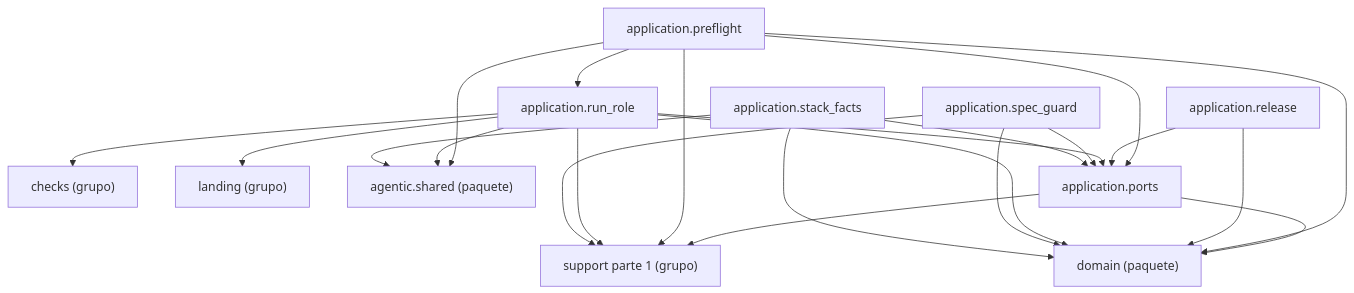
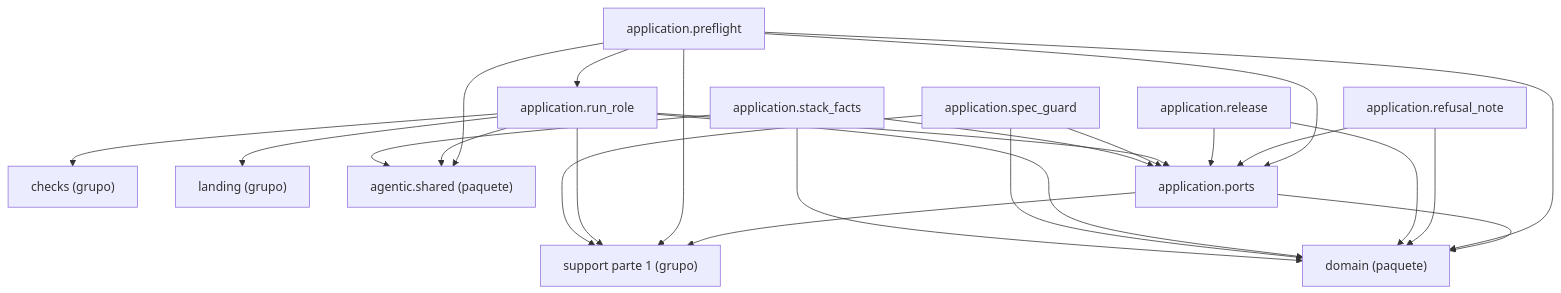
One commit to GonzaloZevallos/agentic-system changed the diagram in docs/architecture/generated/packages-process-application-support-2.md. Above: the diagram before and after it, drawn with Mermaid. The commit also changed 1 other file, not shown here.

Commit message:
Register refusal_note in the docs clusters and regenerate the diagram it lands in

````diff
--- a/docs/architecture/generated/packages-process-application-support-2.md
+++ b/docs/architecture/generated/packages-process-application-support-2.md
@@ -17,35 +17,38 @@
 ```mermaid
 graph TD
     g_application__checks["checks (grupo)"]
     g_application__landing["landing (grupo)"]
     g_application__support__1["support parte 1 (grupo)"]
     g_pkg__agentic__shared["agentic.shared (paquete)"]
     g_pkg__domain["domain (paquete)"]
     m_application__ports["application.ports"]
     m_application__preflight["application.preflight"]
+    m_application__refusal_note["application.refusal_note"]
     m_application__release["application.release"]
     m_application__run_role["application.run_role"]
     m_application__spec_guard["application.spec_guard"]
     m_application__stack_facts["application.stack_facts"]
     m_application__ports --> g_application__support__1
     m_application__ports --> g_pkg__domain
     m_application__preflight --> g_application__support__1
     m_application__preflight --> g_pkg__agentic__shared
     m_application__preflight --> g_pkg__domain
     m_application__preflight --> m_application__ports
     m_application__preflight --> m_application__run_role
+    m_application__refusal_note --> g_pkg__domain
+    m_application__refusal_note --> m_application__ports
     m_application__release --> g_pkg__domain
     m_application__release --> m_application__ports
     m_application__run_role --> g_application__checks
     m_application__run_role --> g_application__landing
     m_application__run_role --> g_application__support__1
     m_application__run_role --> g_pkg__agentic__shared
     m_application__run_role --> g_pkg__domain
     m_application__run_role --> m_application__ports
     m_application__spec_guard --> g_application__support__1
     m_application__spec_guard --> g_pkg__domain
     m_application__spec_guard --> m_application__ports
     m_application__stack_facts --> g_pkg__agentic__shared
     m_application__stack_facts --> g_pkg__domain
     m_application__stack_facts --> m_application__ports
 ```
````
